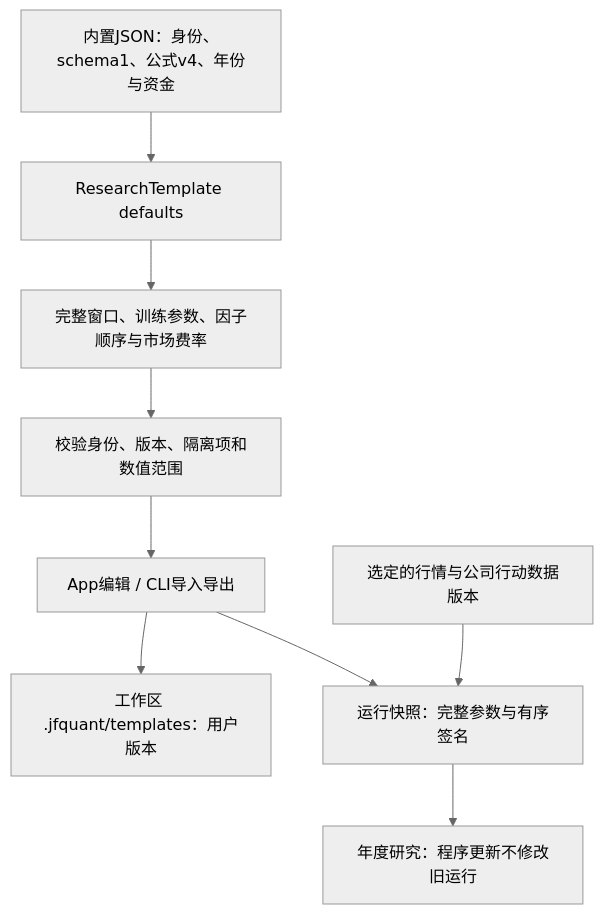
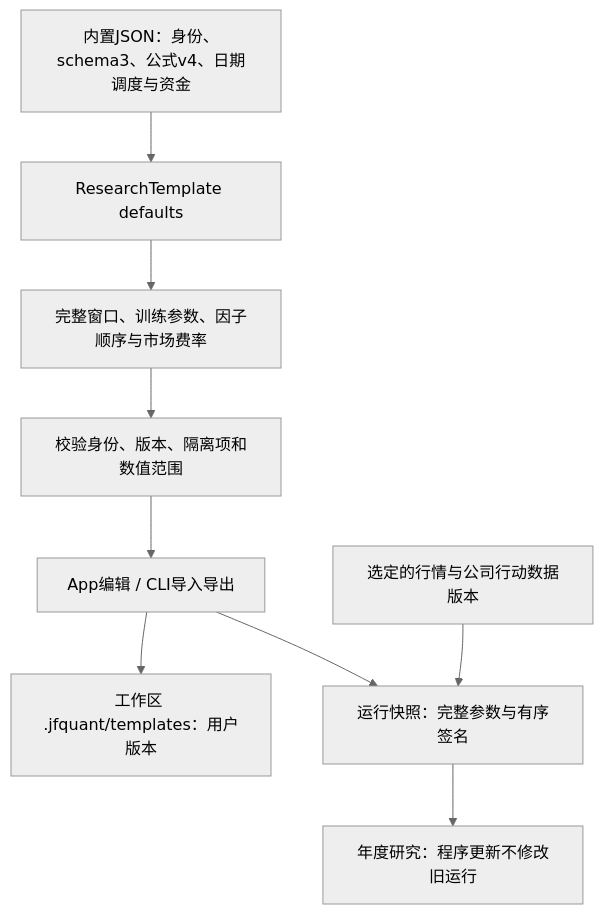
The first of 3 diagrams in crates/workflow/templates/README.md (Dennishaha/JFQuant), drawn with Mermaid (neutral theme) before and after one commit. The commit also changed other lines of this file and 100 other files, not shown here.

````diff
--- a/crates/workflow/templates/README.md
+++ b/crates/workflow/templates/README.md
@@ -11,11 +11,11 @@
 ```mermaid
 flowchart TD
-  FILE["内置JSON：身份、schema1、公式v4、年份与资金"] --> DEFAULT["ResearchTemplate defaults"]
+  FILE["内置JSON：身份、schema3、公式v4、日期调度与资金"] --> DEFAULT["ResearchTemplate defaults"]
   DEFAULT --> FULL["完整窗口、训练参数、因子顺序与市场费率"]
   FULL --> VALIDATE["校验身份、版本、隔离项和数值范围"]
   VALIDATE --> USER["App编辑 / CLI导入导出"]
   USER --> SAVE["工作区 .jfquant/templates：用户版本"]
   USER --> FREEZE["运行快照：完整参数与有序签名"]
   DATA["选定的行情与公司行动数据版本"] --> FREEZE
   FREEZE --> RUN["年度研究：程序更新不修改旧运行"]
 ```
````
